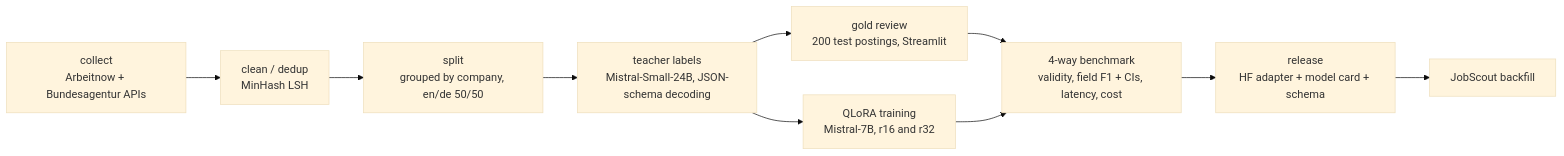
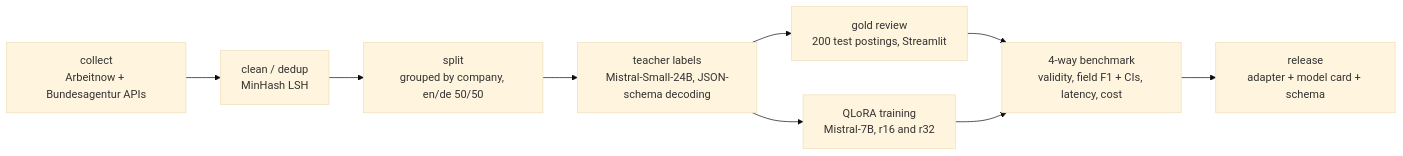
One commit to srghosh56/joblens-extract changed the diagram in README.md. Above: the diagram before and after it, drawn with Mermaid (base theme). The commit also changed other lines of this file and 22 other files, not shown here.

````diff
--- a/README.md
+++ b/README.md
@@ -33,12 +33,11 @@
 ```mermaid
 flowchart LR
   A[collect<br/>Arbeitnow + Bundesagentur APIs] --> B[clean / dedup<br/>MinHash LSH]
   B --> C[split<br/>grouped by company, en/de 50/50]
   C --> D[teacher labels<br/>Mistral-Small-24B, JSON-schema decoding]
   D --> E[gold review<br/>200 test postings, Streamlit]
   D --> F[QLoRA training<br/>Mistral-7B, r16 and r32]
   E --> G[4-way benchmark<br/>validity, field F1 + CIs, latency, cost]
   F --> G
-  G --> H[release<br/>HF adapter + model card + schema]
-  H --> I[JobScout backfill]
+  G --> H[release<br/>adapter + model card + schema]
 ```
````
